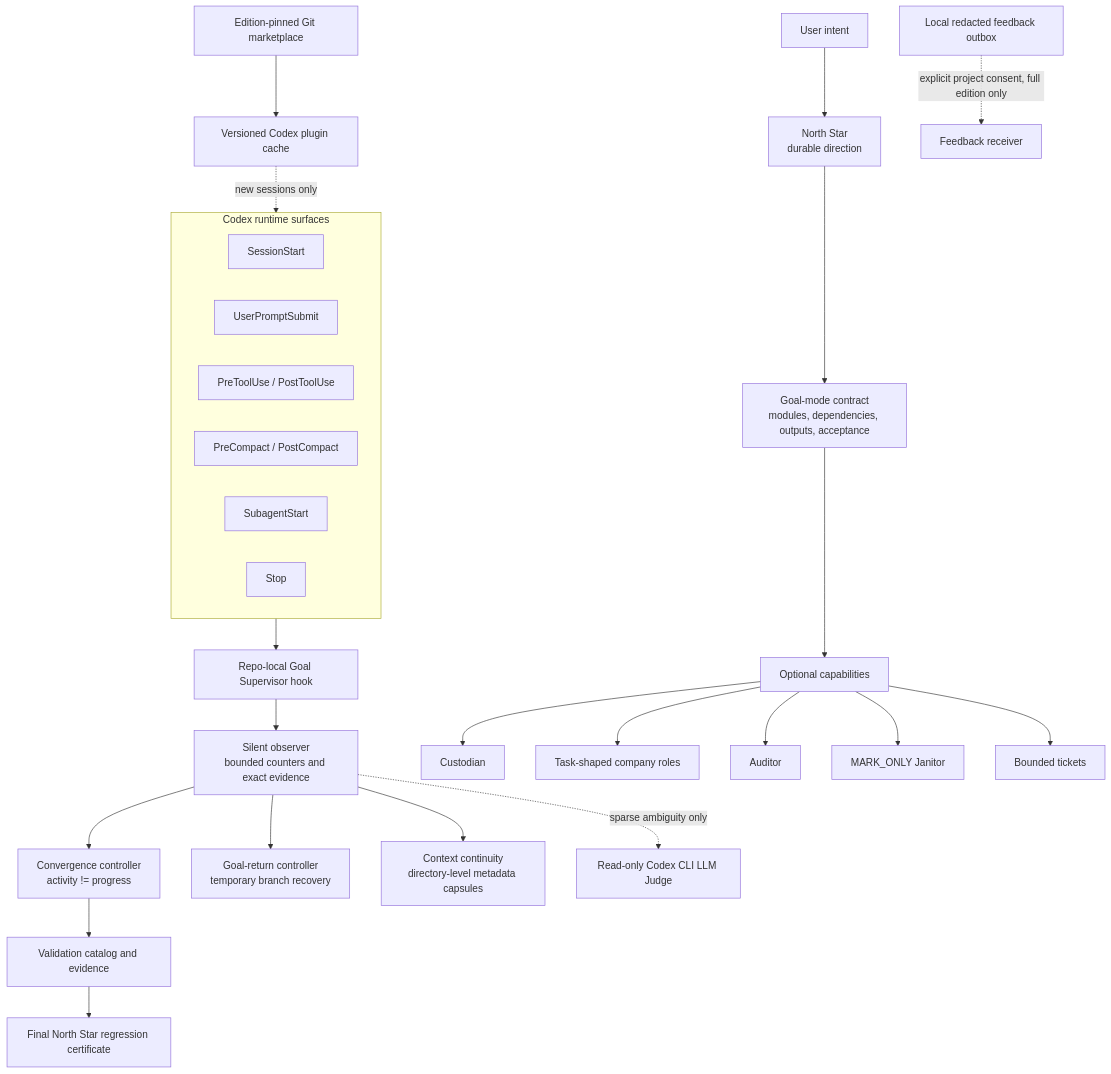
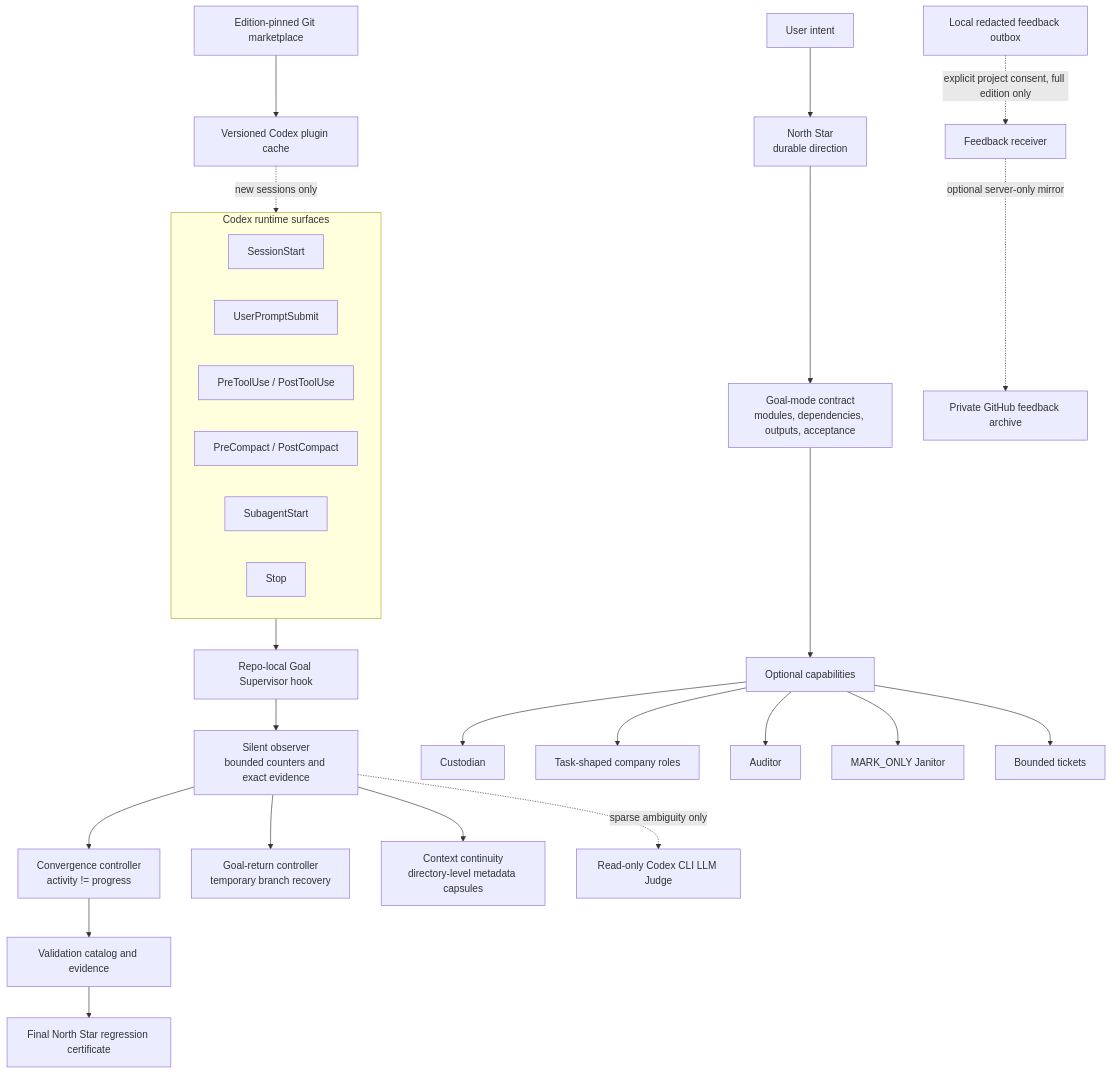
The diagram in plugins/codex-goal-supervisor/README.md (yimengbenxin/codex-goal-supervisor-update-only-marketplace), drawn with Mermaid before and after one commit. The commit also changed other lines of this file and 9 other files, not shown here.

````diff
--- a/plugins/codex-goal-supervisor/README.md
+++ b/plugins/codex-goal-supervisor/README.md
@@ -51,36 +67,37 @@
 ```mermaid
 flowchart TB
     U["User intent"] --> NS["North Star<br/>durable direction"]
     NS --> GC["Goal-mode contract<br/>modules, dependencies, outputs, acceptance"]
 
     subgraph CR["Codex runtime surfaces"]
         SS["SessionStart"]
         UP["UserPromptSubmit"]
         PT["PreToolUse / PostToolUse"]
         CP["PreCompact / PostCompact"]
         SA["SubagentStart"]
         ST["Stop"]
     end
 
     CR --> H["Repo-local Goal Supervisor hook"]
     H --> OB["Silent observer<br/>bounded counters and exact evidence"]
     OB --> CV["Convergence controller<br/>activity != progress"]
     OB --> GR["Goal-return controller<br/>temporary branch recovery"]
     OB --> CT["Context continuity<br/>directory-level metadata capsules"]
     OB -. "sparse ambiguity only" .-> LJ["Read-only Codex CLI LLM Judge"]
 
     GC --> OC["Optional capabilities"]
     OC --> CU["Custodian"]
     OC --> CO["Task-shaped company roles"]
     OC --> AU["Auditor"]
     OC --> JA["MARK_ONLY Janitor"]
     OC --> BT["Bounded tickets"]
 
     CV --> VE["Validation catalog and evidence"]
     VE --> FC["Final North Star regression certificate"]
 
     MP["Edition-pinned Git marketplace"] --> UC["Versioned Codex plugin cache"]
     UC -. "new sessions only" .-> CR
 
     FB["Local redacted feedback outbox"] -. "explicit project consent, full edition only" .-> FS["Feedback receiver"]
+    FS -. "optional server-only mirror" .-> GH["Private GitHub feedback archive"]
 ```
````
